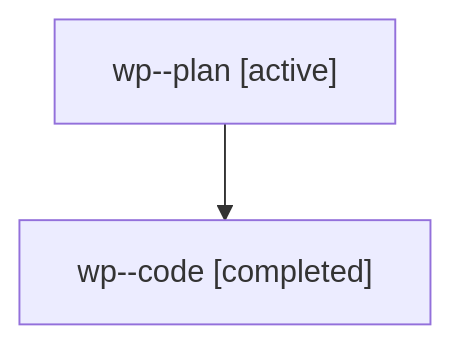
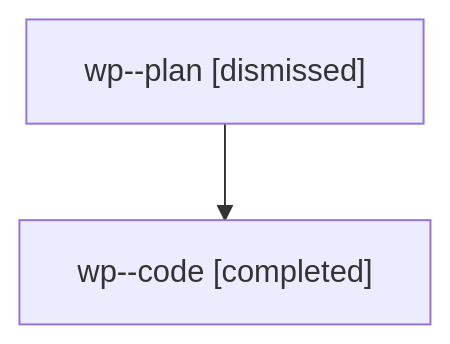
The diagram in sessions/bbugyi200.athena.wp.md (sase-org/sase--agents), drawn with Mermaid before and after one commit. The commit also changed other lines of this file and 12 other files, not shown here.

````diff
--- a/sessions/bbugyi200.athena.wp.md
+++ b/sessions/bbugyi200.athena.wp.md
@@ -9,6 +9,6 @@
 ```mermaid
 flowchart TD
-  n0["wp--plan [active]"]
+  n0["wp--plan [dismissed]"]
   n1["wp--code [completed]"]
   n0 --> n1
 ```
````
